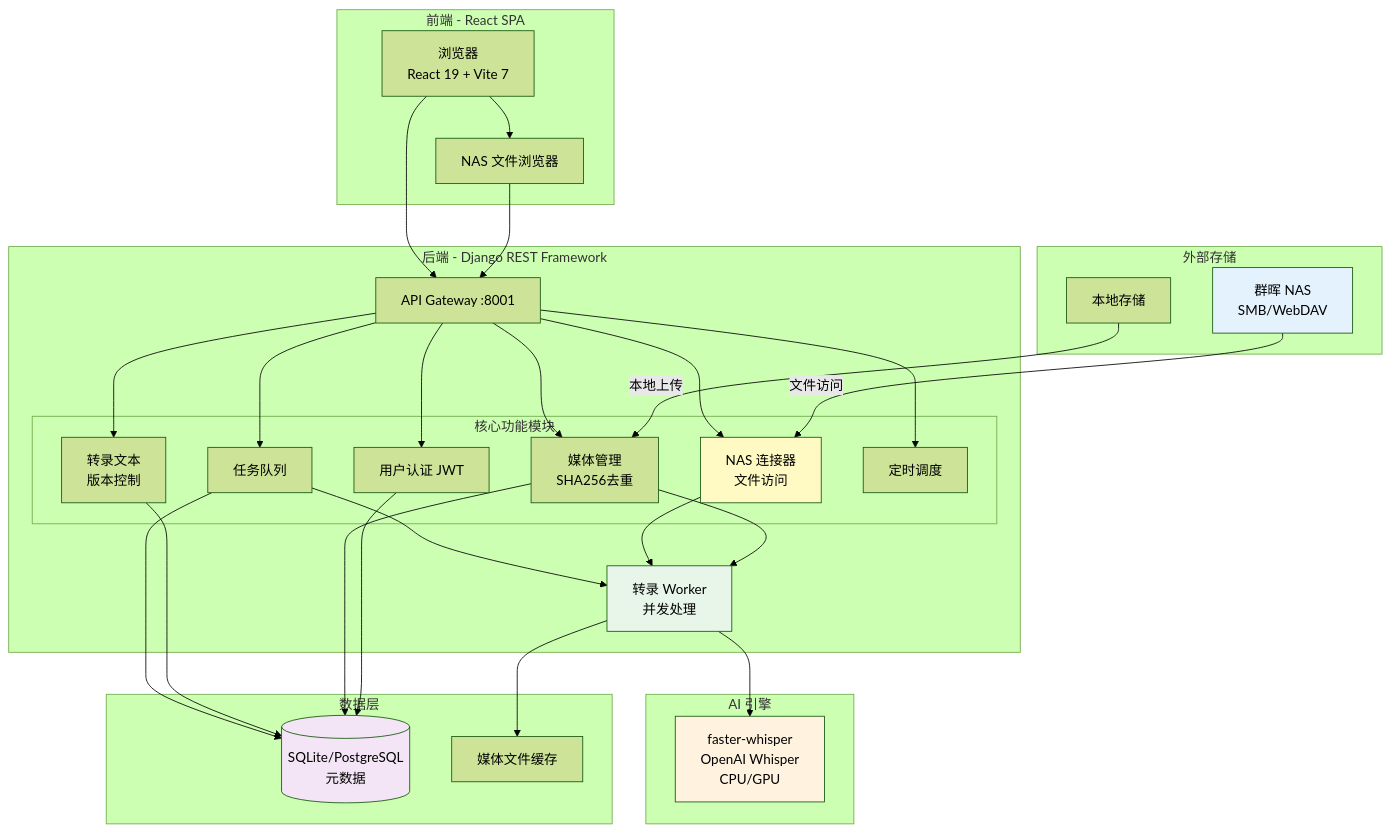
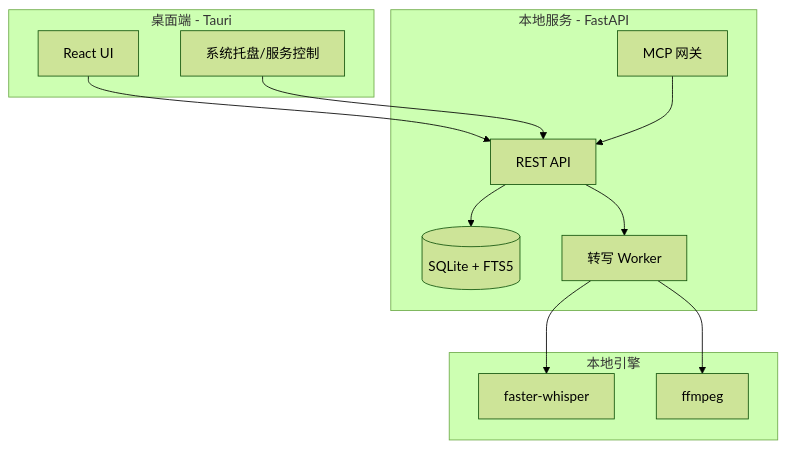
Before and after one commit to dishangyijiao-labs/echotrace: the diagram in docs/ARCHITECTURE.md, drawn with Mermaid (forest theme). The commit also changed other lines of this file and 200 other files, not shown here.

Commit message:
refactor: migrate to Tauri desktop app, remove legacy Django/Next.js code

````diff
--- a/docs/ARCHITECTURE.md
+++ b/docs/ARCHITECTURE.md
@@ -45,68 +16,27 @@
 ```mermaid
 graph TB
-    subgraph "外部存储"
-        NAS[群晖 NAS<br/>SMB/WebDAV]
-        Local[本地存储]
-    end
+  subgraph Desktop[桌面端 - Tauri]
+    UI[React UI]
+    Tray[系统托盘/服务控制]
+  end
 
-    subgraph "前端 - React SPA"
-        Browser[浏览器<br/>React 19 + Vite 7]
-        NASBrowser[NAS 文件浏览器]
-    end
+  subgraph Core[本地服务 - FastAPI]
+    API[REST API]
+    DB[(SQLite + FTS5)]
+    Worker[转写 Worker]
+    MCP[MCP 网关]
+  end
 
-    subgraph "后端 - Django REST Framework"
-        API[API Gateway :8001]
+  subgraph Engine[本地引擎]
+    Whisper[faster-whisper]
+    FFmpeg[ffmpeg]
+  end
 
-        subgraph "核心功能模块"
-            Auth[用户认证 JWT]
-            MediaMgr[媒体管理<br/>SHA256去重]
-            NASConnector[NAS 连接器<br/>文件访问]
-            Transcripts[转录文本<br/>版本控制]
-            TaskQueue[任务队列]
-            Scheduler[定时调度]
-        end
-
-        Worker[转录 Worker<br/>并发处理]
-    end
-
-    subgraph "AI 引擎"
-        Whisper[faster-whisper<br/>OpenAI Whisper<br/>CPU/GPU]
-    end
-
-    subgraph "数据层"
-        DB[(SQLite/PostgreSQL<br/>元数据)]
-        MediaStore[媒体文件缓存]
-    end
-
-    NAS -->|文件访问| NASConnector
-    Local -->|本地上传| MediaMgr
-
-    Browser --> NASBrowser
-    NASBrowser --> API
-    Browser --> API
-
-    API --> Auth
-    API --> MediaMgr
-    API --> NASConnector
-    API --> Transcripts
-    API --> TaskQueue
-    API --> Scheduler
-
-    MediaMgr --> Worker
-    NASConnector --> Worker
-    TaskQueue --> Worker
-
-    Worker --> Whisper
-    Worker --> MediaStore
-
-    Auth --> DB
-    MediaMgr --> DB
-    Transcripts --> DB
-    TaskQueue --> DB
-
-    style NAS fill:#e3f2fd
-    style Whisper fill:#fff3e0
-    style DB fill:#f3e5f5
-    style Worker fill:#e8f5e9
-    style NASConnector fill:#fff9c4
+  UI --> API
+  Tray --> API
+  API --> DB
+  API --> Worker
+  Worker --> Whisper
+  Worker --> FFmpeg
+  MCP --> API
 ```
````
